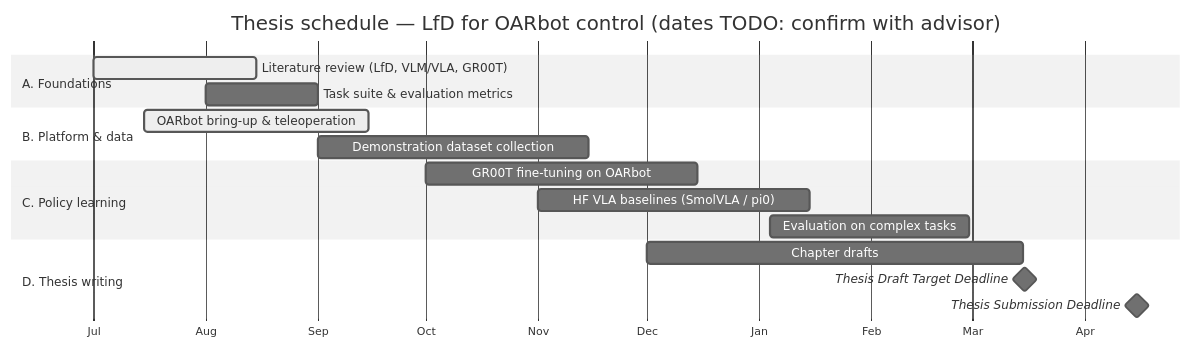
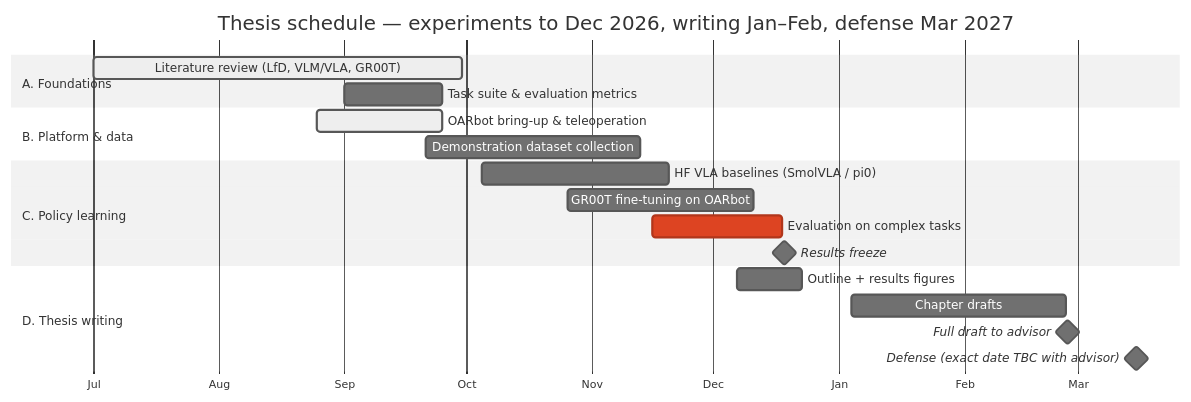
The diagram in index.qmd (pd05849/MS-Thesis), drawn with Mermaid (neutral theme) before and after one commit. The commit also changed 2 other files, not shown here.

Commit message:
Confirm Fall 2026 schedule + add roadmap page with quantifiables spec
Gantt updated to the confirmed timeline (experiments Sep-Dec 2026,
results freeze Dec 18, writing Jan-Feb, defense Mar 2027). New
Operations chapter: research questions, month-by-month plan with
gates, metrics/generalization/failure-taxonomy spec, literature map,
open-source stack, risk register.

````diff
--- a/index.qmd
+++ b/index.qmd
@@ -26,25 +26,27 @@
 ```{mermaid}
 gantt
-    title Thesis schedule — LfD for OARbot control (dates TODO: confirm with advisor)
+    title Thesis schedule — experiments to Dec 2026, writing Jan–Feb, defense Mar 2027
     dateFormat YYYY-MM-DD
     axisFormat %b
     tickInterval 1month
 
     section A. Foundations
-    Literature review (LfD, VLM/VLA, GR00T)   :active, a1, 2026-07-01, 2026-08-15
-    Task suite & evaluation metrics           :        a2, 2026-08-01, 2026-09-01
+    Literature review (LfD, VLM/VLA, GR00T)   :active, a1, 2026-07-01, 2026-09-30
+    Task suite & evaluation metrics           :        a2, 2026-09-01, 2026-09-25
 
     section B. Platform & data
-    OARbot bring-up & teleoperation           :active, b1, 2026-07-15, 2026-09-15
-    Demonstration dataset collection          :        b2, 2026-09-01, 2026-11-15
+    OARbot bring-up & teleoperation           :active, b1, 2026-08-25, 2026-09-25
+    Demonstration dataset collection          :        b2, 2026-09-21, 2026-11-13
 
     section C. Policy learning
-    GR00T fine-tuning on OARbot               :        c1, 2026-10-01, 2026-12-15
-    HF VLA baselines (SmolVLA / pi0)          :        c2, 2026-11-01, 2027-01-15
-    Evaluation on complex tasks               :        c3, 2027-01-04, 2027-02-28
+    HF VLA baselines (SmolVLA / pi0)          :        c2, 2026-10-05, 2026-11-20
+    GR00T fine-tuning on OARbot               :        c1, 2026-10-26, 2026-12-11
+    Evaluation on complex tasks               :crit,   c3, 2026-11-16, 2026-12-18
+    Results freeze                            :milestone, m1, 2026-12-18, 1d
 
     section D. Thesis writing
-    Chapter drafts                            :        d1, 2026-12-01, 2027-03-15
-    Thesis Draft Target Deadline              :milestone, d2, 2027-03-15, 1d
-    Thesis Submission Deadline                :milestone, d3, 2027-04-15, 1d
+    Outline + results figures                 :        d0, 2026-12-07, 2026-12-23
+    Chapter drafts                            :        d1, 2027-01-04, 2027-02-26
+    Full draft to advisor                     :milestone, d2, 2027-02-26, 1d
+    Defense (exact date TBC with advisor)     :milestone, d3, 2027-03-15, 1d
 ```
````
